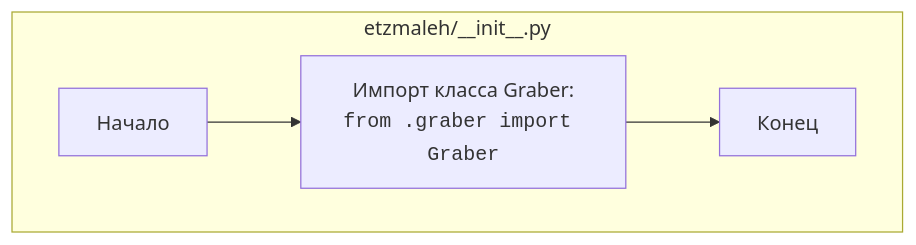
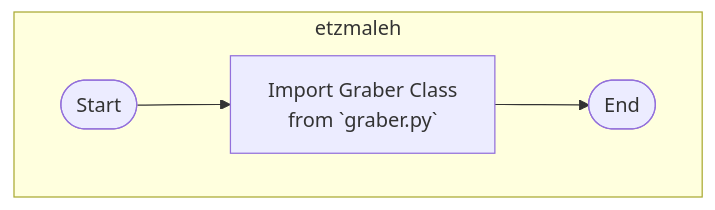
One commit to hypo69/hypo changed the diagram in docs/gemini/ru/explainer/src/suppliers/etzmaleh/__init__.py.md. Above: the diagram before and after it, drawn with Mermaid. The commit also changed other lines of this file and 1505 other files, not shown here.

````diff
--- a/docs/gemini/ru/explainer/src/suppliers/etzmaleh/__init__.py.md
+++ b/docs/gemini/ru/explainer/src/suppliers/etzmaleh/__init__.py.md
@@ -11,7 +13,7 @@
 ```mermaid
 flowchart TD
-    subgraph etzmaleh/__init__.py
-        Start[Начало] --> ImportGraber[Импорт класса Graber:<br><code>from .graber import Graber</code>]
-        ImportGraber --> End[Конец]
+    subgraph etzmaleh
+        Start([Start]) --> ImportGraber[Import Graber Class <br> from `graber.py`];
+        ImportGraber --> End([End]);
     end
 ```
````
